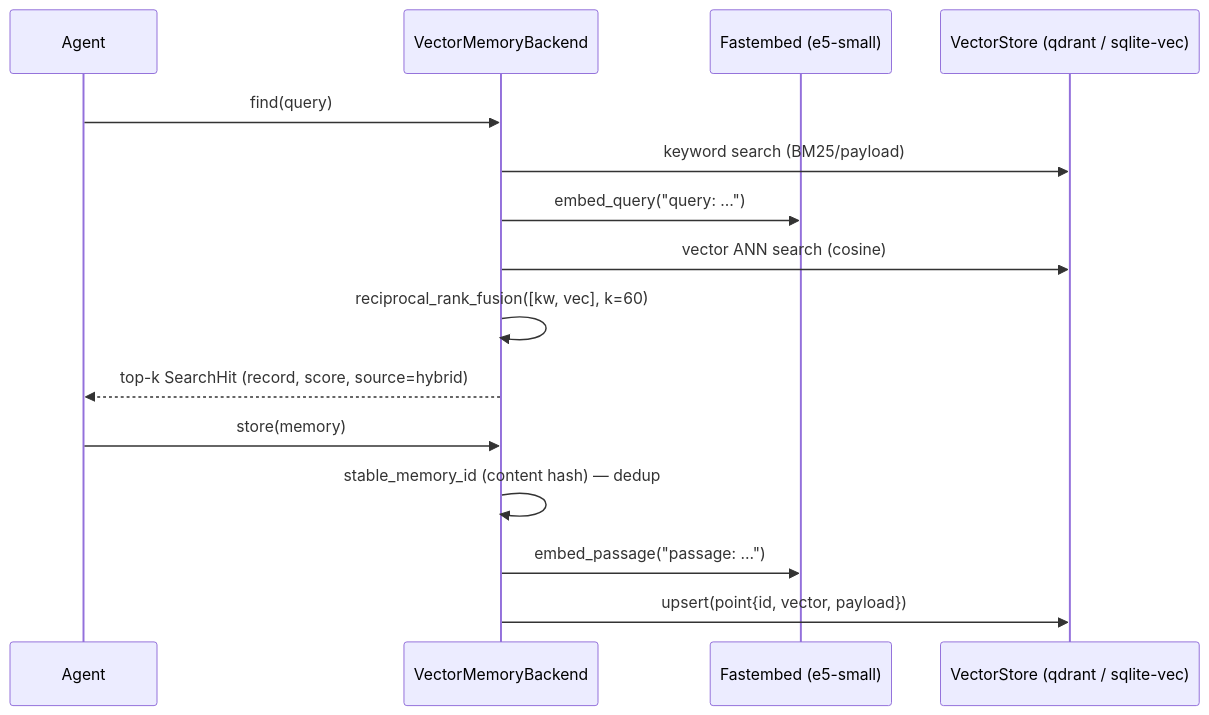
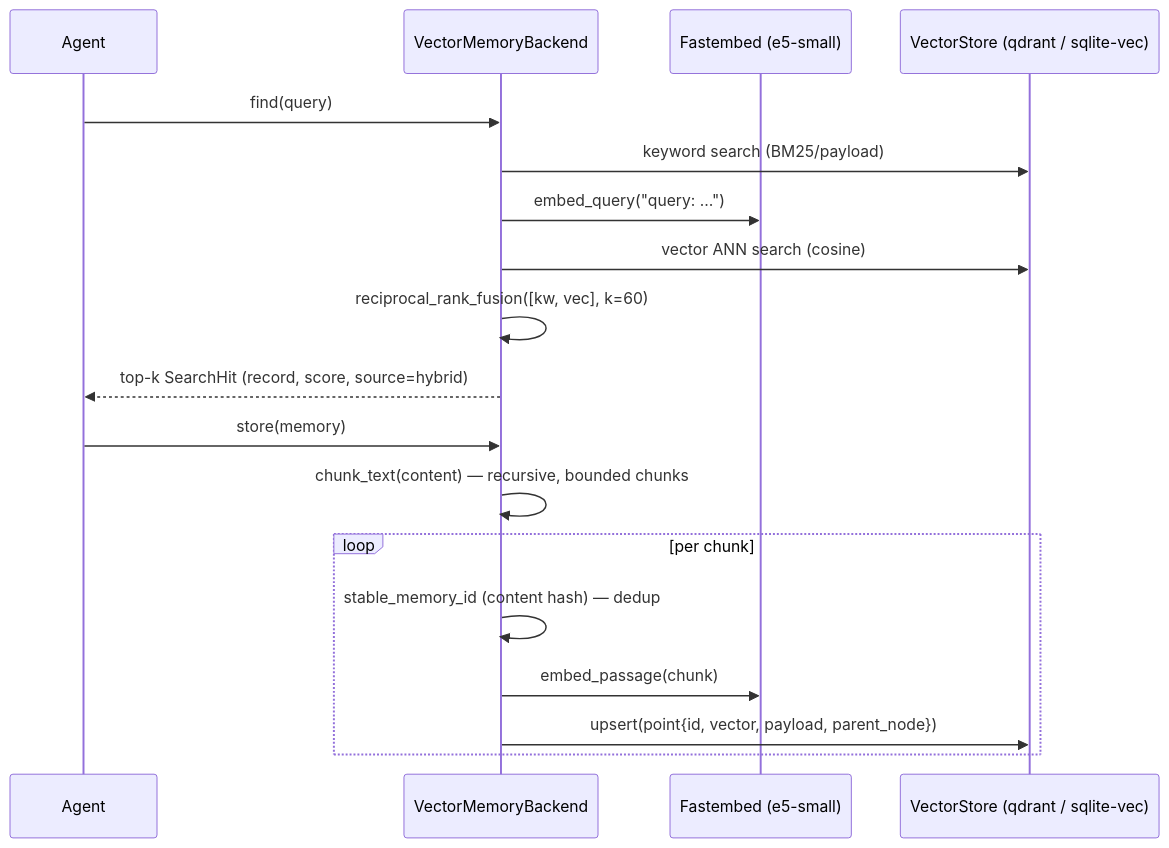
One commit to aquifer-labs/brunnr changed the second of 5 diagrams in docs/memory.md. Above: the diagram before and after it, drawn with Mermaid. The commit also changed other lines of this file, not shown here.

First line of the commit message:
docs(memory): document default chunking + implemented retrieval signals

````diff
--- a/docs/memory.md
+++ b/docs/memory.md
@@ -126,17 +126,20 @@
 ```mermaid
 sequenceDiagram
   participant Ag as Agent
   participant VM as VectorMemoryBackend
   participant Em as Fastembed (e5-small)
   participant VS as VectorStore (qdrant / sqlite-vec)
   Ag->>VM: find(query)
   VM->>VS: keyword search (BM25/payload)
   VM->>Em: embed_query("query: …")
   VM->>VS: vector ANN search (cosine)
   VM->>VM: reciprocal_rank_fusion([kw, vec], k=60)
   VM-->>Ag: top-k SearchHit (record, score, source=hybrid)
   Ag->>VM: store(memory)
-  VM->>VM: stable_memory_id (content hash) — dedup
-  VM->>Em: embed_passage("passage: …")
-  VM->>VS: upsert(point{id, vector, payload})
+  VM->>VM: chunk_text(content) — recursive, bounded chunks
+  loop per chunk
+    VM->>VM: stable_memory_id (content hash) — dedup
+    VM->>Em: embed_passage(chunk)
+    VM->>VS: upsert(point{id, vector, payload, parent_node})
+  end
 ```
````
